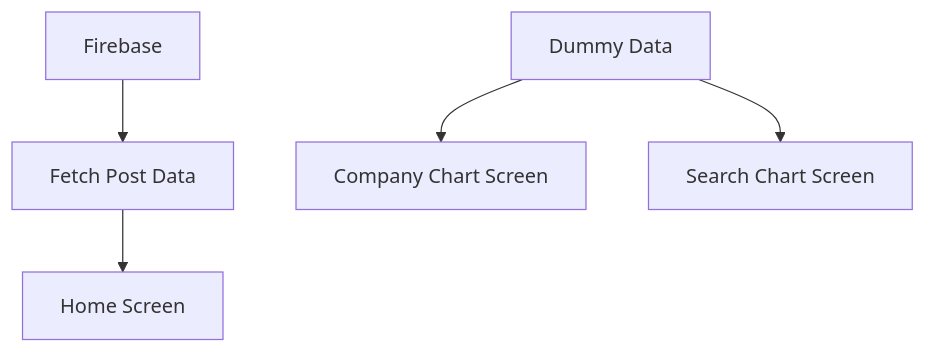
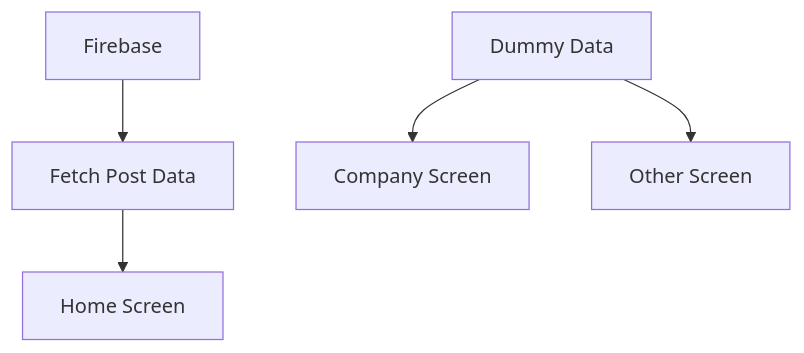
The diagram in README.md (kumgold/blind-clone-flutter), drawn with Mermaid before and after one commit.

Commit message:
📝 Update README.md

````diff
--- a/README.md
+++ b/README.md
@@ -41,8 +41,8 @@
 ```mermaid
 flowchart TD
     A[Firebase] --> B[Fetch Post Data]
     B --> C[Home Screen]
 
-    D[Dummy Data] --> E[Company Chart Screen]
-    D --> F[Search Chart Screen]
+    D[Dummy Data] --> E[Company Screen]
+    D --> F[Other Screen]
 ```
````
